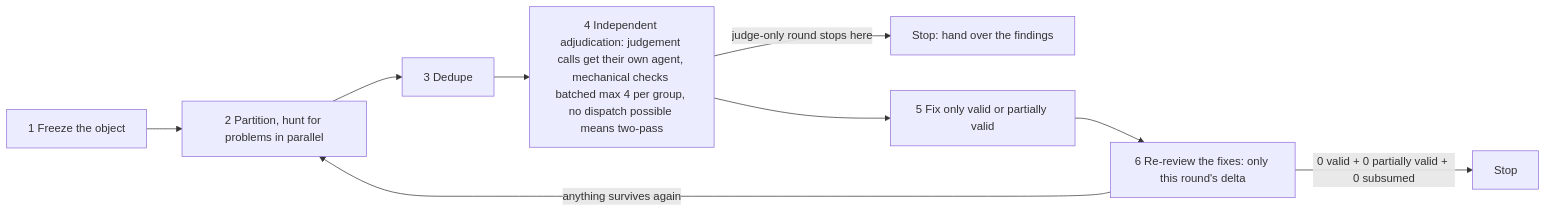
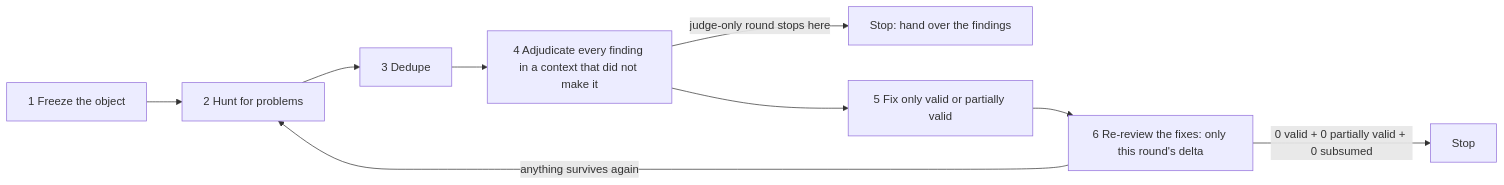
Before and after one commit to CaffreySun/skills: the diagram in skills/engineering/adversarial-review-loop/SKILL.md, drawn with Mermaid. The commit also changed other lines of this file and 12 other files, not shown here.

````diff
--- a/skills/engineering/adversarial-review-loop/SKILL.md
+++ b/skills/engineering/adversarial-review-loop/SKILL.md
@@ -44,11 +44,11 @@
 ```mermaid
 flowchart LR
-  A[1 Freeze the object] --> B[2 Partition, hunt for problems in parallel]
+  A[1 Freeze the object] --> B[2 Hunt for problems]
   B --> C[3 Dedupe]
-  C --> D[4 Independent adjudication: judgement calls get their own agent, mechanical checks batched max 4 per group, no dispatch possible means two-pass]
+  C --> D[4 Adjudicate every finding in a context that did not make it]
   D -->|judge-only round stops here| H[Stop: hand over the findings]
   D --> E[5 Fix only valid or partially valid]
   E --> F[6 Re-review the fixes: only this round's delta]
   F -->|0 valid + 0 partially valid + 0 subsumed| G[Stop]
   F -->|anything survives again| B
 ```
````
